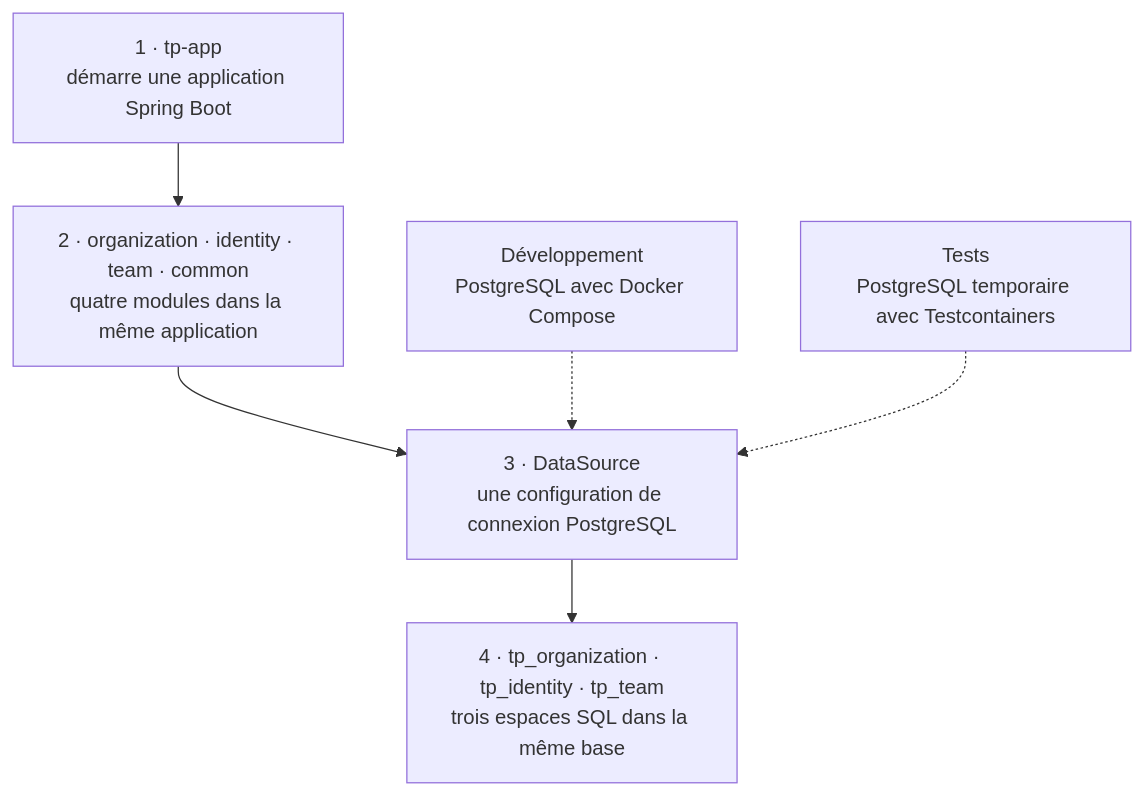
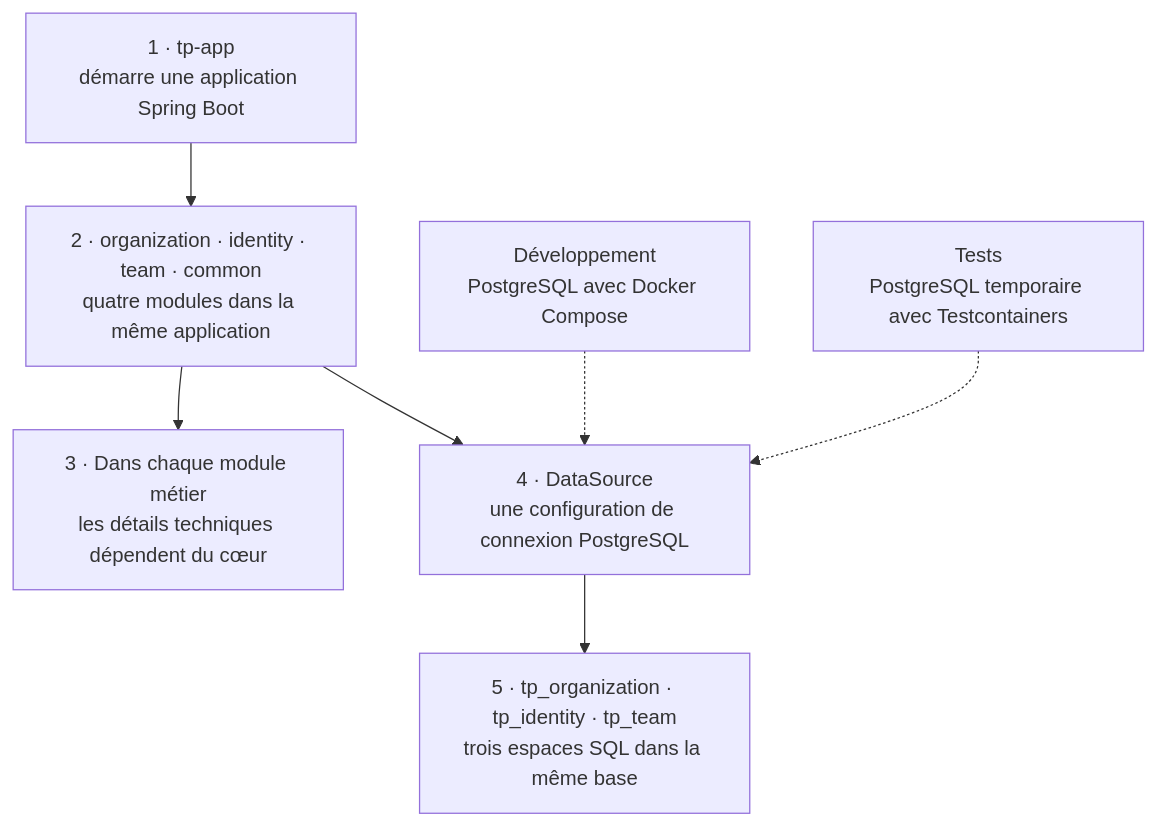
Before and after one commit to amrine/from-dev-to-architect: the fourth of 11 diagrams in slidev/pages/weeks/W001.md, drawn with Mermaid. The commit also changed other lines of this file and 11 other files, not shown here.

Commit message:
feat(w001-t03): enforce architecture rules and document them in Slidev (#5)

````diff
--- a/slidev/pages/weeks/W001.md
+++ b/slidev/pages/weeks/W001.md
@@ -522,11 +521,13 @@
 ```mermaid {scale: 0.58}
 flowchart TB
   App["1 · tp-app<br/>démarre une application Spring Boot"]
   Modules["2 · organization · identity · team · common<br/>quatre modules dans la même application"]
-  DS["3 · DataSource<br/>une configuration de connexion PostgreSQL"]
-  Schemas["4 · tp_organization · tp_identity · tp_team<br/>trois espaces SQL dans la même base"]
+  Direction["3 · Dans chaque module métier<br/>les détails techniques dépendent du cœur"]
+  DS["4 · DataSource<br/>une configuration de connexion PostgreSQL"]
+  Schemas["5 · tp_organization · tp_identity · tp_team<br/>trois espaces SQL dans la même base"]
 
-  App --> Modules --> DS --> Schemas
+  App --> Modules --> Direction
+  Modules --> DS --> Schemas
   Compose["Développement<br/>PostgreSQL avec Docker Compose"] -.-> DS
   TC["Tests<br/>PostgreSQL temporaire avec Testcontainers"] -.-> DS
 ```
````
